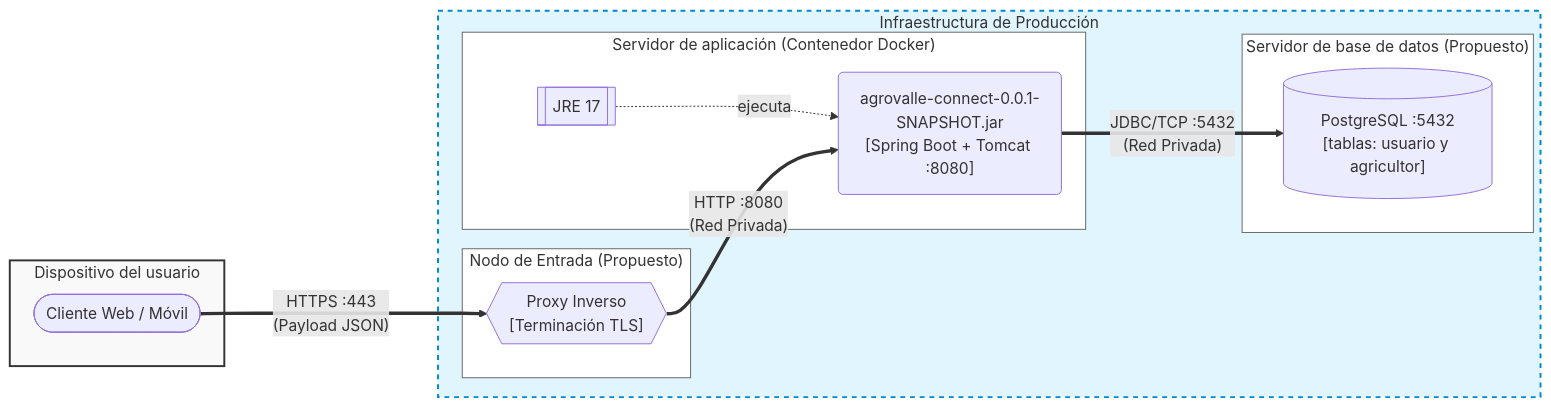
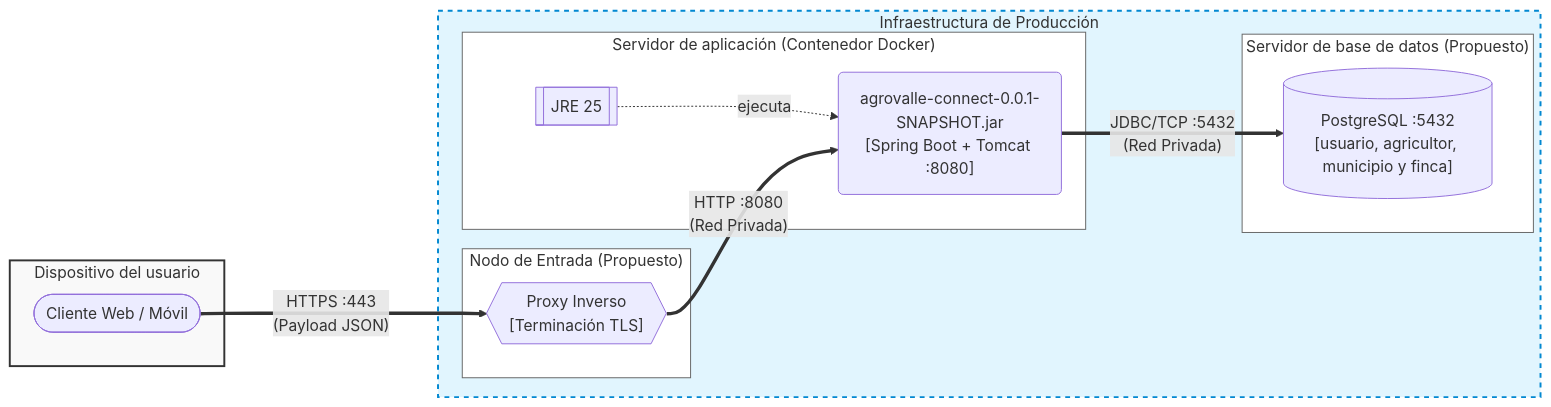
One commit to Angel-uniajc/AgrovalleConnect changed the first of 2 diagrams in docs/diseno/diagrama_de_despliegue.md. Above: the diagram before and after it, drawn with Mermaid. The commit also changed other lines of this file, not shown here.

````diff
--- a/docs/diseno/diagrama_de_despliegue.md
+++ b/docs/diseno/diagrama_de_despliegue.md
@@ -27,33 +29,33 @@
 ```mermaid
 flowchart LR
     subgraph EXTERNO ["Dispositivo del usuario"]
         APP(["Cliente Web / Móvil"])
     end
 
     subgraph NUBE ["Infraestructura de Producción"]
         subgraph ENTRADA ["Nodo de Entrada (Propuesto)"]
             PROXY{{"Proxy Inverso\n[Terminación TLS]"}}
         end
 
         subgraph DOCKER ["Servidor de aplicación (Contenedor Docker)"]
-            JRE[["JRE 17"]]
+            JRE[["JRE 25"]]
             JAR("agrovalle-connect-0.0.1-SNAPSHOT.jar\n[Spring Boot + Tomcat :8080]")
             JRE -.->|ejecuta| JAR
         end
 
         subgraph DB_SERVER ["Servidor de base de datos (Propuesto)"]
-            PG[("PostgreSQL :5432\n[tablas: usuario y agricultor]")]
+            PG[("PostgreSQL :5432\n[usuario, agricultor, municipio y finca]")]
         end
         
         PROXY ==>|"HTTP :8080\n(Red Privada)"| JAR
         JAR ==>|"JDBC/TCP :5432\n(Red Privada)"| PG
     end
 
     APP ===>|"HTTPS :443\n(Payload JSON)"| PROXY
     
     style EXTERNO fill:#f9f9f9,stroke:#333,stroke-width:2px
     style NUBE fill:#e1f5fe,stroke:#0288d1,stroke-width:2px,stroke-dasharray: 5 5
     style ENTRADA fill:#ffffff,stroke:#666
     style DOCKER fill:#ffffff,stroke:#666
     style DB_SERVER fill:#ffffff,stroke:#666
 ```
````
